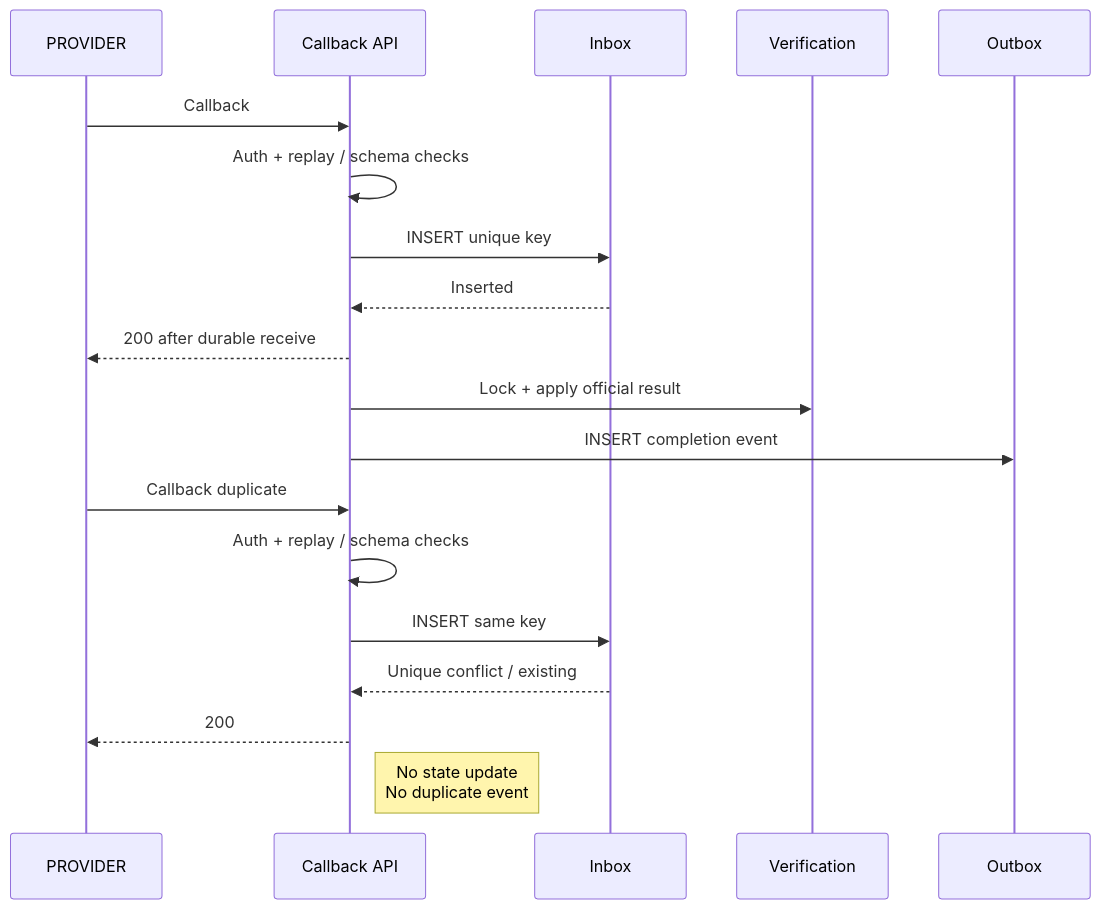
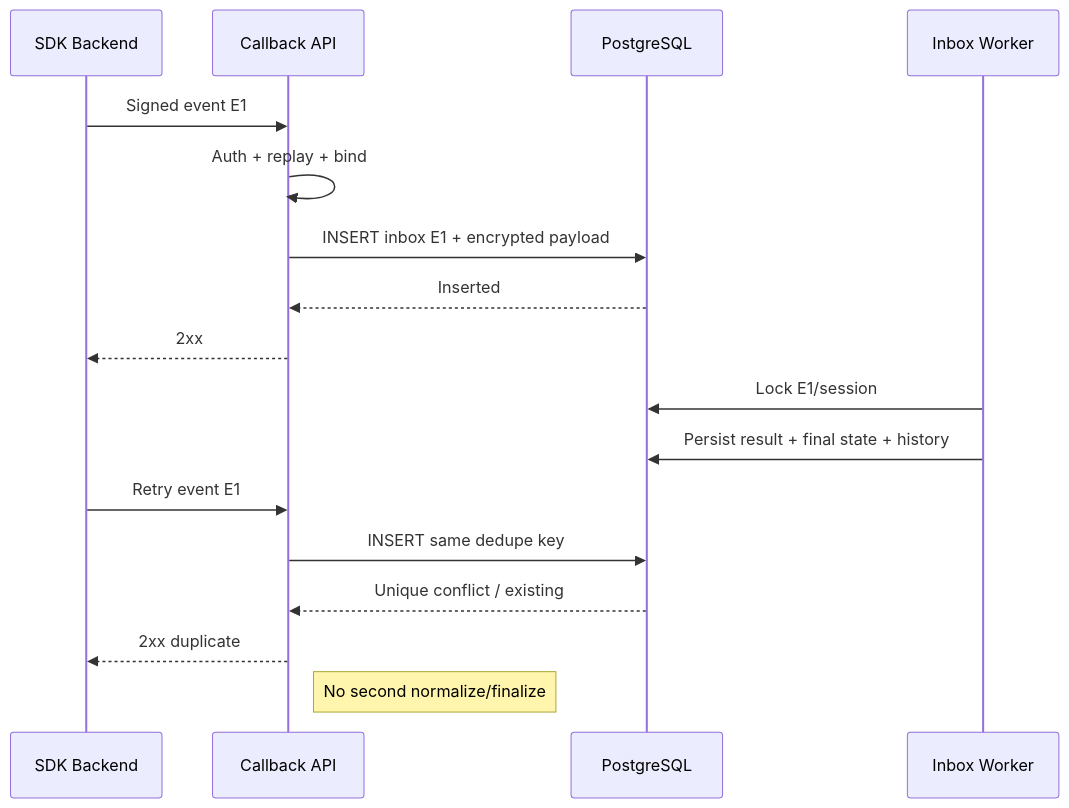
Before and after one commit to huynv-xyz/vhm: diagram 18 of 24 in tdd2.md, drawn with Mermaid. The commit also changed other lines of this file, not shown here.

````diff
--- a/tdd2.md
+++ b/tdd2.md
@@ -1630,21 +1602,19 @@
 ```mermaid
 sequenceDiagram
-    participant PROVIDER
-    participant API as Callback API
-    participant Inbox
-    participant Verification
-    participant Outbox
-    PROVIDER->>API: Callback #1
-    API->>API: Auth + replay / schema checks
-    API->>Inbox: INSERT unique key
-    Inbox-->>API: Inserted
-    API-->>PROVIDER: 200 after durable receive
-    API->>Verification: Lock + apply official result
-    API->>Outbox: INSERT completion event
-    PROVIDER->>API: Callback duplicate
-    API->>API: Auth + replay / schema checks
-    API->>Inbox: INSERT same key
-    Inbox-->>API: Unique conflict / existing
-    API-->>PROVIDER: 200
-    Note right of API: No state update<br/>No duplicate event
+    participant BACKEND as SDK Backend
+    participant CALLBACK as Callback API
+    participant DB as PostgreSQL
+    participant WORKER as Inbox Worker
+    BACKEND->>CALLBACK: Signed event E1
+    CALLBACK->>CALLBACK: Auth + replay + bind
+    CALLBACK->>DB: INSERT inbox E1 + encrypted payload
+    DB-->>CALLBACK: Inserted
+    CALLBACK-->>BACKEND: 2xx
+    WORKER->>DB: Lock E1/session
+    WORKER->>DB: Persist result + final state + history
+    BACKEND->>CALLBACK: Retry event E1
+    CALLBACK->>DB: INSERT same dedupe key
+    DB-->>CALLBACK: Unique conflict / existing
+    CALLBACK-->>BACKEND: 2xx duplicate
+    Note right of CALLBACK: No second normalize/finalize
 ```
````
